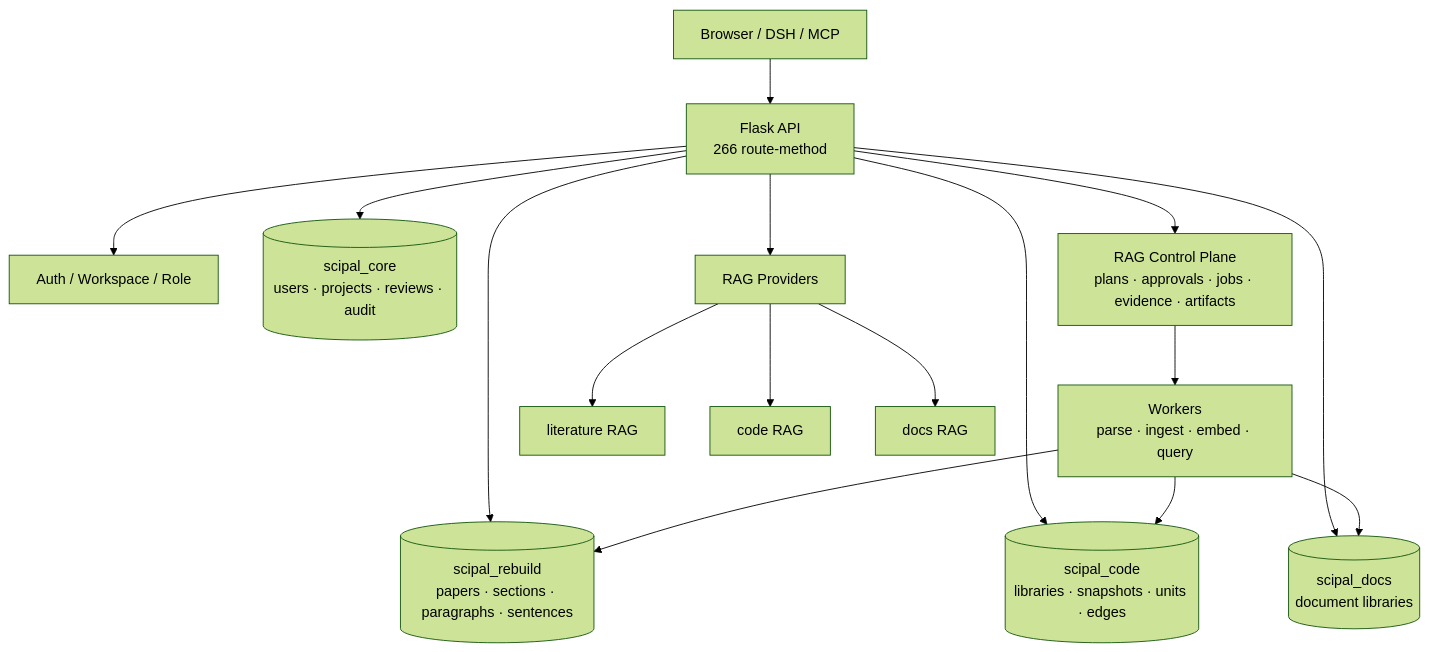
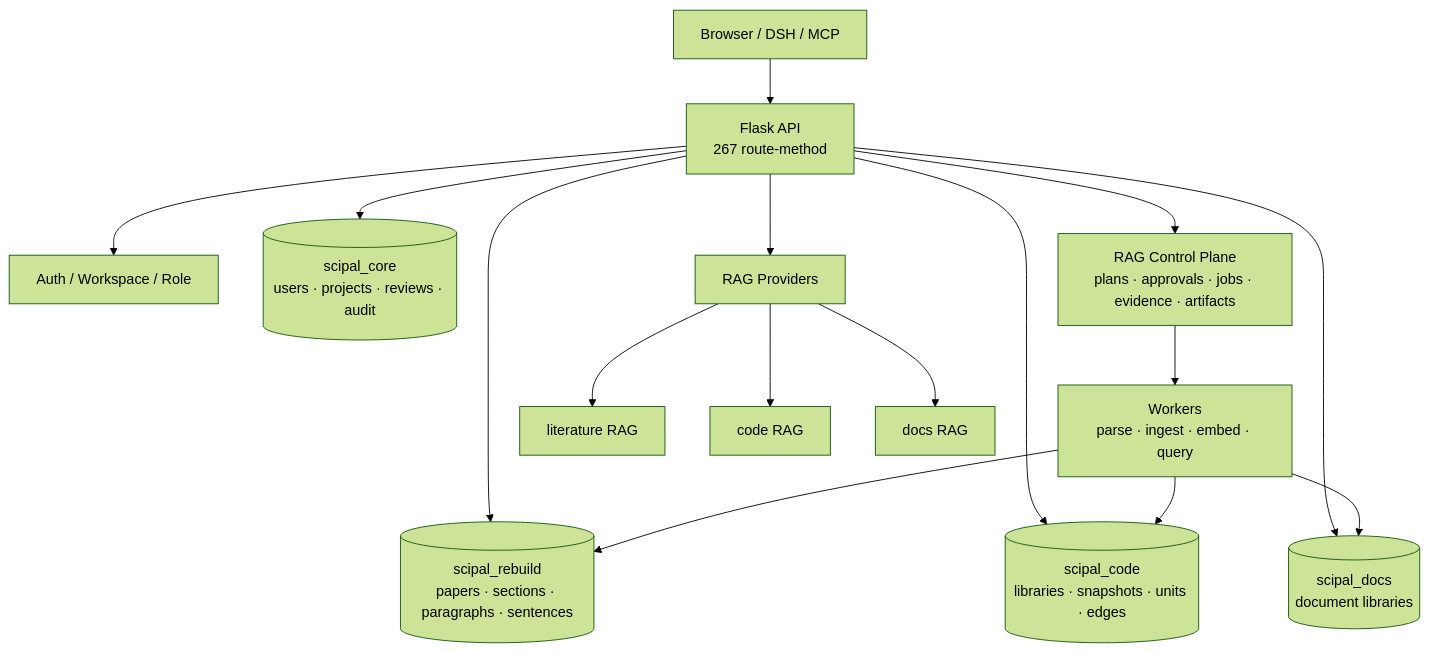
The first of 2 diagrams in README.md (williamchen520/sci-pal), drawn with Mermaid (forest theme) before and after one commit. The commit also changed other lines of this file and 11 other files, not shown here.

````diff
--- a/README.md
+++ b/README.md
@@ -77,20 +77,20 @@
 ```mermaid
 flowchart TB
-    U["Browser / DSH / MCP"] --> API["Flask API<br/>266 route-method"]
+    U["Browser / DSH / MCP"] --> API["Flask API<br/>267 route-method"]
     API --> AUTH["Auth / Workspace / Role"]
     API --> CORE[("scipal_core<br/>users · projects · reviews · audit")]
     API --> CORPUS[("scipal_rebuild<br/>papers · sections · paragraphs · sentences")]
     API --> CODE[("scipal_code<br/>libraries · snapshots · units · edges")]
     API --> DOCS[("scipal_docs<br/>document libraries")]
 
     API --> CP["RAG Control Plane<br/>plans · approvals · jobs · evidence · artifacts"]
     CP --> WORKER["Workers<br/>parse · ingest · embed · query"]
     WORKER --> CORPUS
     WORKER --> CODE
     WORKER --> DOCS
 
     API --> PROV["RAG Providers"]
     PROV --> LIT["literature RAG"]
     PROV --> CRAG["code RAG"]
     PROV --> DRAG["docs RAG"]
 ```
````
